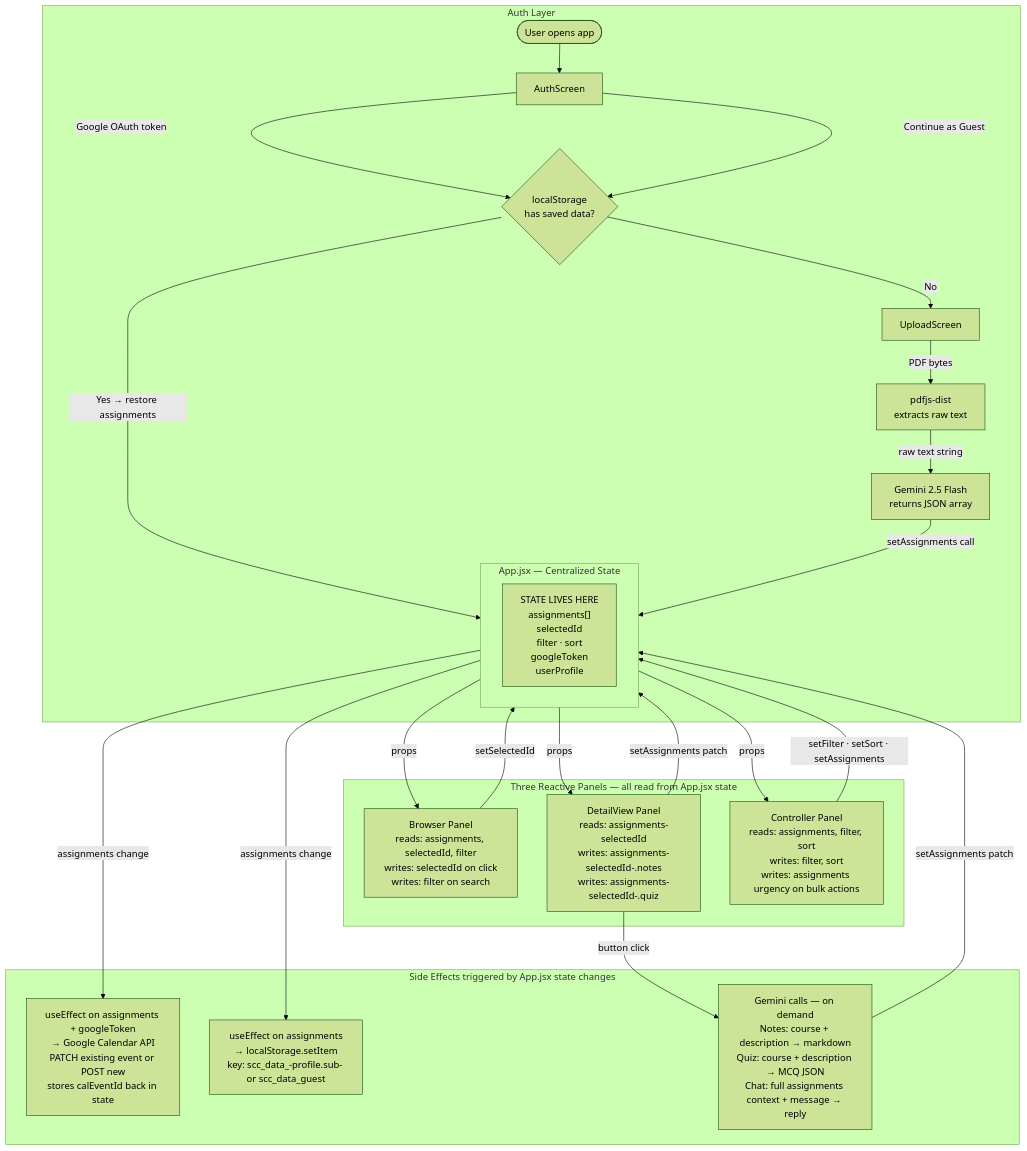
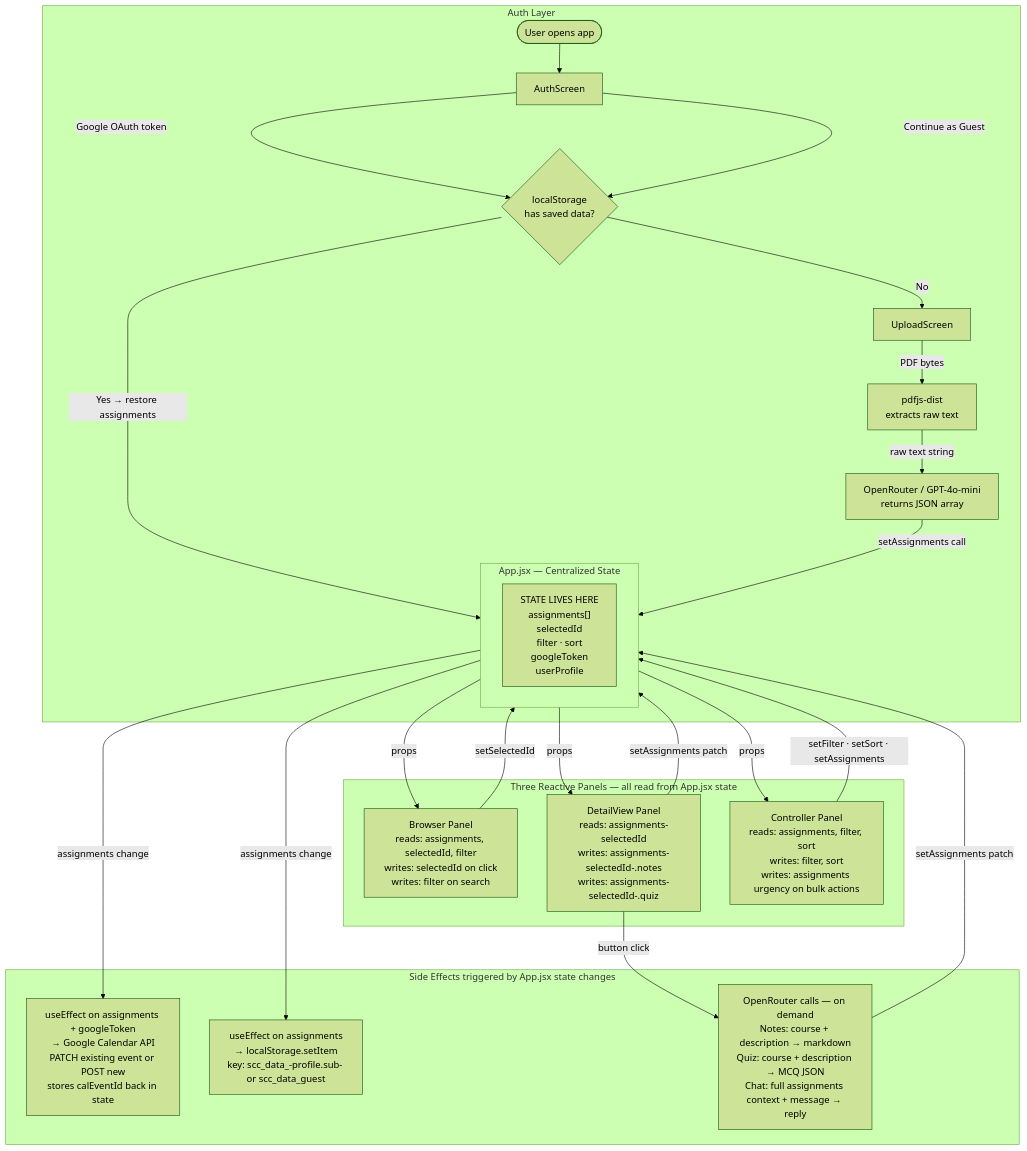
One commit to VirenChauhan19/ReactBox changed the diagram in README.md. Above: the diagram before and after it, drawn with Mermaid (forest theme). The commit also changed other lines of this file, not shown here.

````diff
--- a/README.md
+++ b/README.md
@@ -194,41 +195,41 @@
 ```mermaid
 flowchart TD
     subgraph AUTH["Auth Layer"]
         A([User opens app]) --> B[AuthScreen]
         B -->|Google OAuth token| C{localStorage\nhas saved data?}
         B -->|Continue as Guest| C
         C -->|Yes → restore assignments| APP
         C -->|No| E[UploadScreen]
         E -->|PDF bytes| F[pdfjs-dist\nextracts raw text]
-        F -->|raw text string| G[Gemini 2.5 Flash\nreturns JSON array]
+        F -->|raw text string| G[OpenRouter / GPT-4o-mini\nreturns JSON array]
         G -->|setAssignments call| APP
     end
 
     subgraph APP["App.jsx — Centralized State"]
         STATE["STATE LIVES HERE\nassignments[]\nselectedId\nfilter · sort\ngoogleToken\nuserProfile"]
     end
 
     subgraph PANELS["Three Reactive Panels — all read from App.jsx state"]
         H["Browser Panel\nreads: assignments, selectedId, filter\nwrites: selectedId on click\nwrites: filter on search"]
         I["DetailView Panel\nreads: assignments-selectedId\nwrites: assignments-selectedId-.notes\nwrites: assignments-selectedId-.quiz"]
         J["Controller Panel\nreads: assignments, filter, sort\nwrites: filter, sort\nwrites: assignments urgency on bulk actions"]
     end
 
     APP -->|props| H
     APP -->|props| I
     APP -->|props| J
     H -->|setSelectedId| APP
     I -->|setAssignments patch| APP
     J -->|setFilter · setSort · setAssignments| APP
 
     subgraph SIDE["Side Effects triggered by App.jsx state changes"]
         K["useEffect on assignments + googleToken\n→ Google Calendar API\nPATCH existing event or POST new\nstores calEventId back in state"]
         L["useEffect on assignments\n→ localStorage.setItem\nkey: scc_data_-profile.sub- or scc_data_guest"]
-        M["Gemini calls — on demand\nNotes: course + description → markdown\nQuiz: course + description → MCQ JSON\nChat: full assignments context + message → reply"]
+        M["OpenRouter calls — on demand\nNotes: course + description → markdown\nQuiz: course + description → MCQ JSON\nChat: full assignments context + message → reply"]
     end
 
     APP -->|assignments change| K
     APP -->|assignments change| L
     I -->|button click| M
     M -->|setAssignments patch| APP
 ```
````
